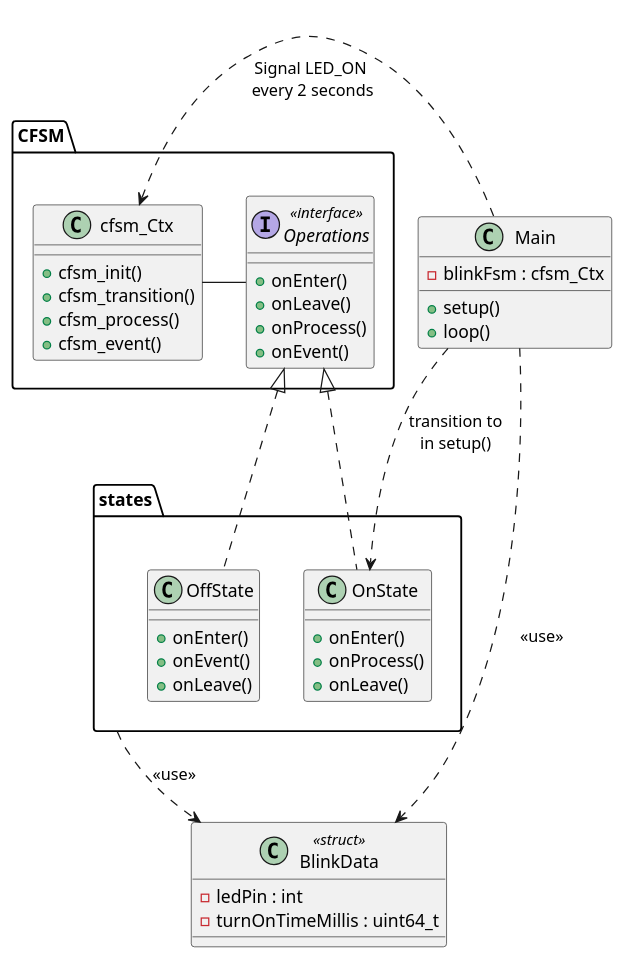
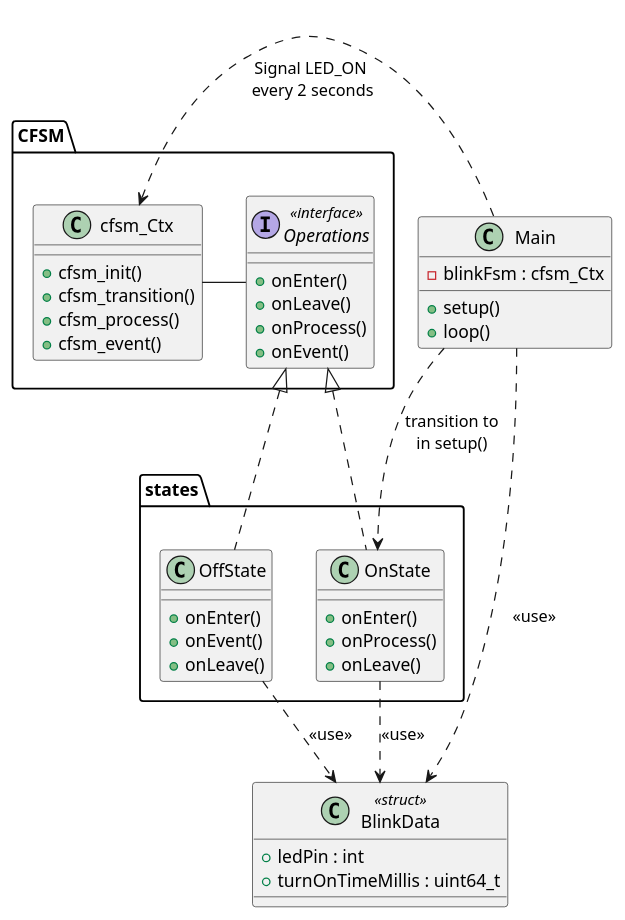
One commit to nhjschulz/cfsm changed the diagram in examples/UnoBlink/doc/BlinkClass.puml. Above: the diagram before and after it, drawn with PlantUML. The commit also changed 35 other files, not shown here.

```diff
--- a/examples/UnoBlink/doc/BlinkClass.puml
+++ b/examples/UnoBlink/doc/BlinkClass.puml
@@ -1,58 +1,61 @@
 @startuml State Pattern
 
 
 
     class Main {
         - blinkFsm : cfsm_Ctx
         +setup()
         +loop()
-        
+
     }
 
 
     package states {
         class OnState {
             +onEnter()
             +onProcess()
             +onLeave()
         }
         class OffState {
             +onEnter()
             +onEvent()
             +onLeave()
         }
     }
 
 
        class BlinkData  <<struct>> {
-            - ledPin : int
-            - turnOnTimeMillis : uint64_t
+            + ledPin : int
+            + turnOnTimeMillis : uint64_t
         }
 
 
 package "CFSM" {
     class cfsm_Ctx  {
         +cfsm_init()
         +cfsm_transition()
         +cfsm_process()
         +cfsm_event()
     }
 
     interface Operations <<interface>> {
         +onEnter()
         +onLeave()
         +onProcess()
         +onEvent()
     }
-
+}
 
 cfsm_Ctx -  Operations
 OnState .u-|> Operations
 OffState  .u-|> Operations
 
 Main .l.> cfsm_Ctx  : \n\nSignal LED_ON\n every 2 seconds
 Main .> OnState : transition to\nin setup()
 
-states .> BlinkData: <<use>>
+OffState .> BlinkData: <<use>>
+OnState .> BlinkData: <<use>>
+
 Main .d..> BlinkData: <<use>>
+
 @enduml
```
